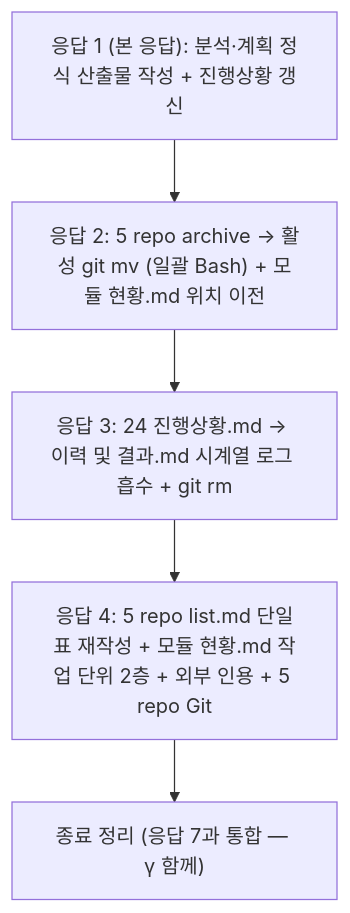
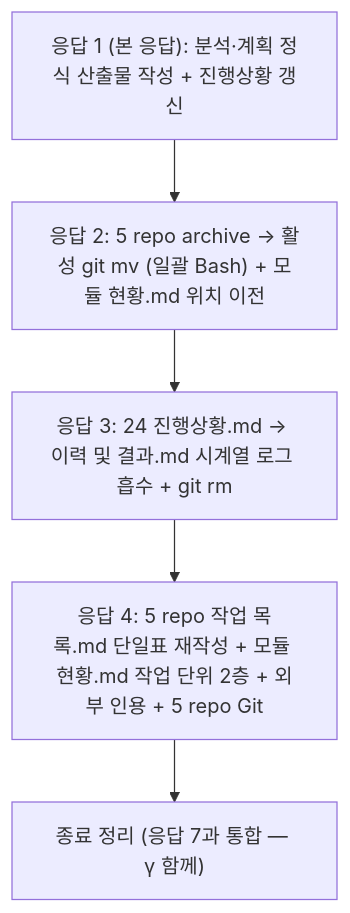
One commit to eskim-todoc/claude changed the diagram in docs/tasks/meta/20260515_tasks-structure-migration/계획.md. Above: the diagram before and after it, drawn with Mermaid. The commit also changed other lines of this file and 53 other files, not shown here.

````diff
--- a/docs/tasks/meta/20260515_tasks-structure-migration/계획.md
+++ b/docs/tasks/meta/20260515_tasks-structure-migration/계획.md
@@ -15,8 +15,8 @@
 ```mermaid
 flowchart TD
     A["응답 1 (본 응답): 분석·계획 정식 산출물 작성 + 진행상황 갱신"] --> B
     B["응답 2: 5 repo archive → 활성 git mv (일괄 Bash) + 모듈 현황.md 위치 이전"]
     B --> C["응답 3: 24 진행상황.md → 이력 및 결과.md 시계열 로그 흡수 + git rm"]
-    C --> D["응답 4: 5 repo list.md 단일표 재작성 + 모듈 현황.md 작업 단위 2층 + 외부 인용 + 5 repo Git"]
+    C --> D["응답 4: 5 repo 작업 목록.md 단일표 재작성 + 모듈 현황.md 작업 단위 2층 + 외부 인용 + 5 repo Git"]
     D --> E["종료 정리 (응답 7과 통합 — γ 함께)"]
 ```
````
